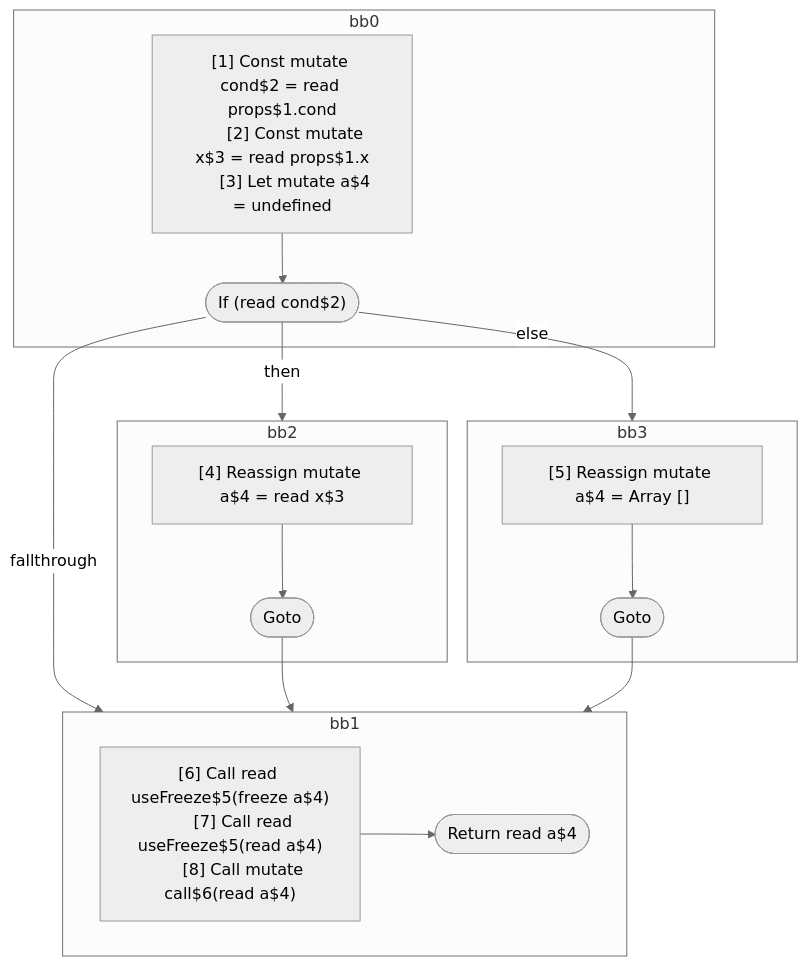
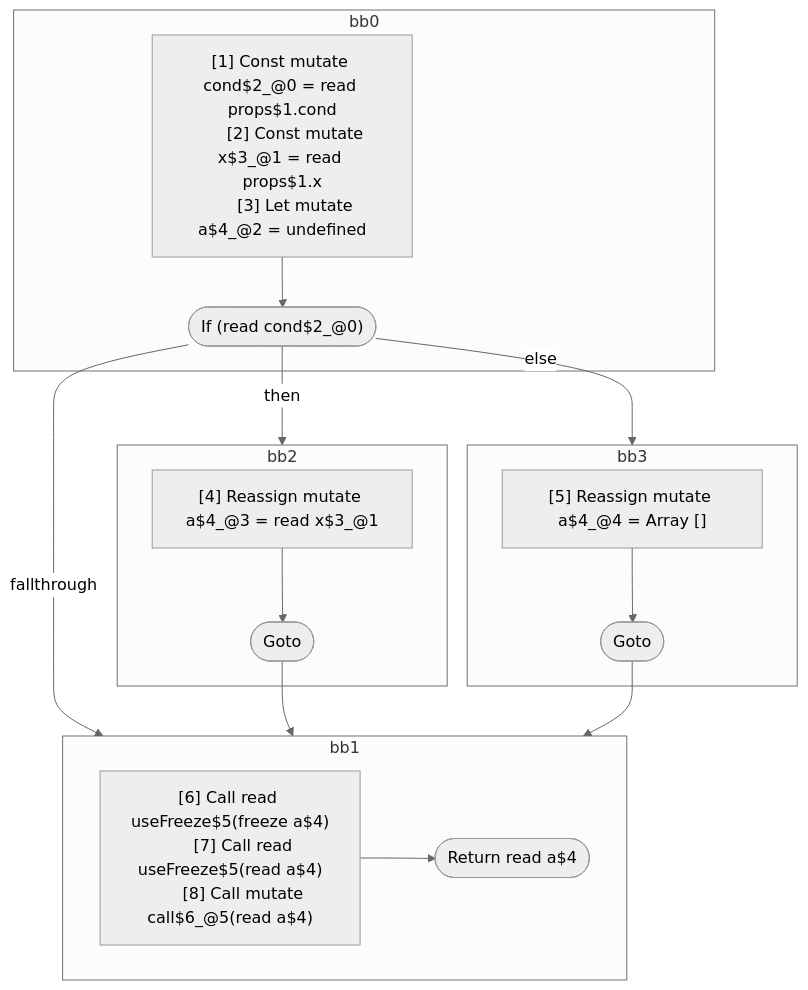
Before and after one commit to wutsmog/private: the first of 3 diagrams in compiler/forget/src/__tests__/fixtures/hir/hooks-freeze-possibly-mutable-arguments.expect.md, drawn with Mermaid (neutral theme). The commit also changed other lines of this file and 60 other files, not shown here.

````diff
--- a/compiler/forget/src/__tests__/fixtures/hir/hooks-freeze-possibly-mutable-arguments.expect.md
+++ b/compiler/forget/src/__tests__/fixtures/hir/hooks-freeze-possibly-mutable-arguments.expect.md
@@ -51,40 +51,40 @@
 ```mermaid
 flowchart TB
   %% Basic Blocks
   subgraph bb0
     bb0_instrs["
-      [1] Const mutate cond$2 = read props$1.cond
-      [2] Const mutate x$3 = read props$1.x
-      [3] Let mutate a$4 = undefined
+      [1] Const mutate cond$2_@0 = read props$1.cond
+      [2] Const mutate x$3_@1 = read props$1.x
+      [3] Let mutate a$4_@2 = undefined
     "]
-    bb0_instrs --> bb0_terminal(["If (read cond$2)"])
+    bb0_instrs --> bb0_terminal(["If (read cond$2_@0)"])
   end
   subgraph bb2
     bb2_instrs["
-      [4] Reassign mutate a$4 = read x$3
+      [4] Reassign mutate a$4_@3 = read x$3_@1
     "]
     bb2_instrs --> bb2_terminal(["Goto"])
   end
   subgraph bb3
     bb3_instrs["
-      [5] Reassign mutate a$4 = Array []
+      [5] Reassign mutate a$4_@4 = Array []
     "]
     bb3_instrs --> bb3_terminal(["Goto"])
   end
   subgraph bb1
     bb1_instrs["
       [6] Call read useFreeze$5(freeze a$4)
       [7] Call read useFreeze$5(read a$4)
-      [8] Call mutate call$6(read a$4)
+      [8] Call mutate call$6_@5(read a$4)
     "]
     bb1_instrs --> bb1_terminal(["Return read a$4"])
   end
 
   %% Jumps
   bb0_terminal -- then --> bb2
   bb0_terminal -- else --> bb3
   bb0_terminal -- fallthrough --> bb1
   bb2_terminal --> bb1
   bb3_terminal --> bb1
 
 ```
````
